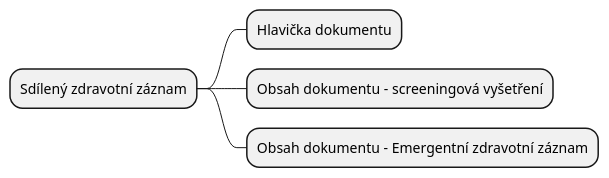
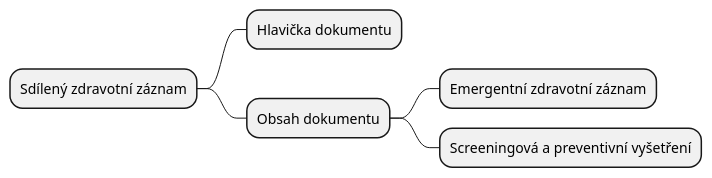
One commit to HL7-cz/szz changed the diagram in input/images-source/szz-mindmap-cs.plantuml. Above: the diagram before and after it, drawn with PlantUML. The commit also changed 10 other files, not shown here.

```diff
--- a/input/images-source/szz-mindmap-cs.plantuml
+++ b/input/images-source/szz-mindmap-cs.plantuml
@@ -1,6 +1,7 @@
 @startmindmap
 * Sdílený zdravotní záznam
 ** Hlavička dokumentu
-** Obsah dokumentu - screeningová vyšetření
-** Obsah dokumentu - Emergentní zdravotní záznam
+** Obsah dokumentu
+*** Emergentní zdravotní záznam
+*** Screeningová a preventivní vyšetření
 @endmindmap
```
